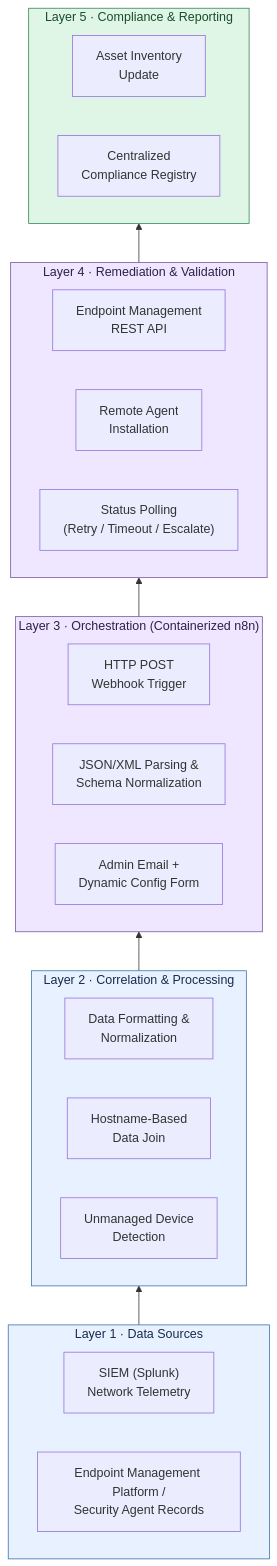
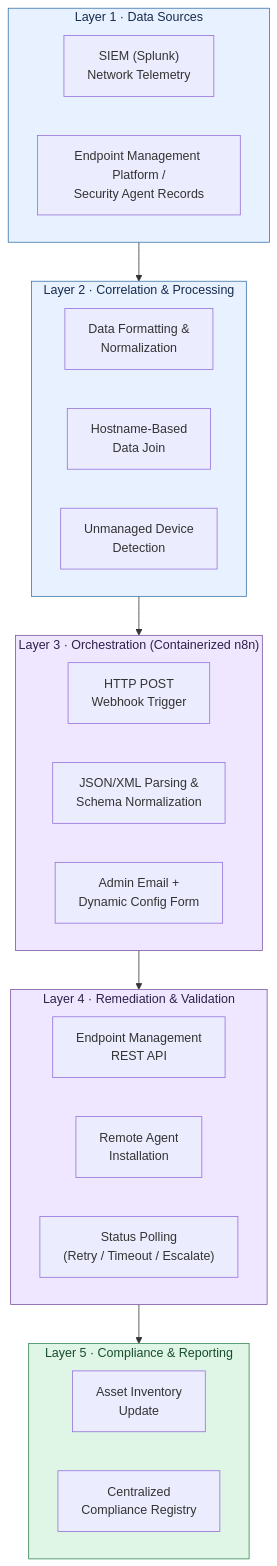
One commit to KaziHossain15/C2C-Pipeline changed the first of 3 diagrams in README.md. Above: the diagram before and after it, drawn with Mermaid.

Commit message:
Fix flowchart direction in README.md
Corrected flowchart direction from BT to TB in README.

````diff
--- a/README.md
+++ b/README.md
@@ -20,43 +20,43 @@
 ```mermaid
-flowchart BT
+flowchart TB
     subgraph L1["Layer 1 · Data Sources"]
         direction LR
         S1["SIEM (Splunk)<br/>Network Telemetry"]
         S2["Endpoint Management Platform /<br/>Security Agent Records"]
     end
 
     subgraph L2["Layer 2 · Correlation & Processing"]
         direction LR
         P1["Data Formatting &<br/>Normalization"]
         P2["Hostname-Based<br/>Data Join"]
         P3["Unmanaged Device<br/>Detection"]
     end
 
     subgraph L3["Layer 3 · Orchestration (Containerized n8n)"]
         direction LR
         O1["HTTP POST<br/>Webhook Trigger"]
         O2["JSON/XML Parsing &<br/>Schema Normalization"]
         O3["Admin Email +<br/>Dynamic Config Form"]
     end
 
     subgraph L4["Layer 4 · Remediation & Validation"]
         direction LR
         M1["Endpoint Management<br/>REST API"]
         M2["Remote Agent<br/>Installation"]
         M3["Status Polling<br/>(Retry / Timeout / Escalate)"]
     end
 
     subgraph L5["Layer 5 · Compliance & Reporting"]
         direction LR
         R1["Asset Inventory<br/>Update"]
         R2["Centralized<br/>Compliance Registry"]
     end
 
     L1 --> L2 --> L3 --> L4 --> L5
 
     style L1 fill:#e8f1ff,stroke:#3973ac,color:#172b4d
     style L2 fill:#e8f1ff,stroke:#3973ac,color:#172b4d
     style L3 fill:#eee7ff,stroke:#7954a1,color:#30204a
     style L4 fill:#eee7ff,stroke:#7954a1,color:#30204a
     style L5 fill:#dff5e5,stroke:#318653,color:#174d2c
 ```
````
